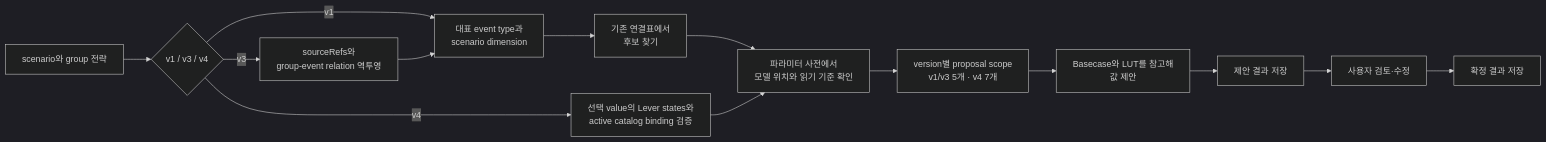
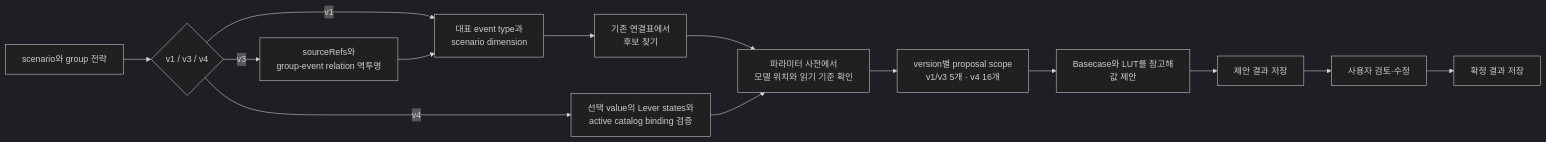
The first of 2 diagrams in docs/agents/model_parameter_agent/03_MODEL_PARAMETER_AGENT_DB_SPEC.md (enkhbaatarL/skmip-mi-agent), drawn with Mermaid (dark theme) before and after one commit. The commit also changed other lines of this file and 25 other files, not shown here.

````diff
--- a/docs/agents/model_parameter_agent/03_MODEL_PARAMETER_AGENT_DB_SPEC.md
+++ b/docs/agents/model_parameter_agent/03_MODEL_PARAMETER_AGENT_DB_SPEC.md
@@ -37,16 +37,16 @@
 ```mermaid
 flowchart LR
     A[scenario와 group 전략] --> V{v1 / v3 / v4}
     V -->|v1| B[대표 event type과\nscenario dimension]
     V -->|v3| R[sourceRefs와\ngroup-event relation 역투영]
     R --> B
     B --> C[기존 연결표에서\n후보 찾기]
     V -->|v4| L[선택 value의 Lever states와\nactive catalog binding 검증]
     C --> D[파라미터 사전에서\n모델 위치와 읽기 기준 확인]
     L --> D
-    D --> P[version별 proposal scope\nv1/v3 5개 · v4 7개]
+    D --> P[version별 proposal scope\nv1/v3 5개 · v4 16개]
     P --> E[Basecase와 LUT를 참고해\n값 제안]
     E --> F[제안 결과 저장]
     F --> G[사용자 검토·수정]
     G --> H[확정 결과 저장]
 ```
````
